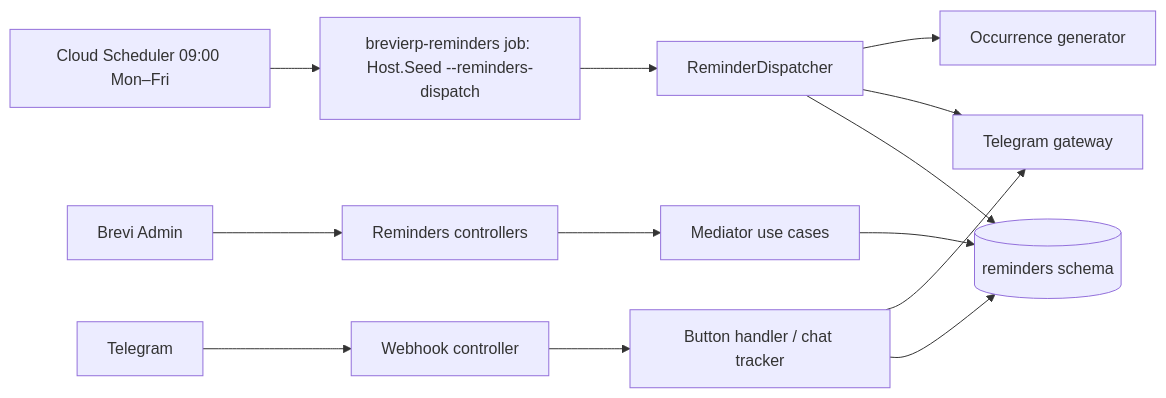
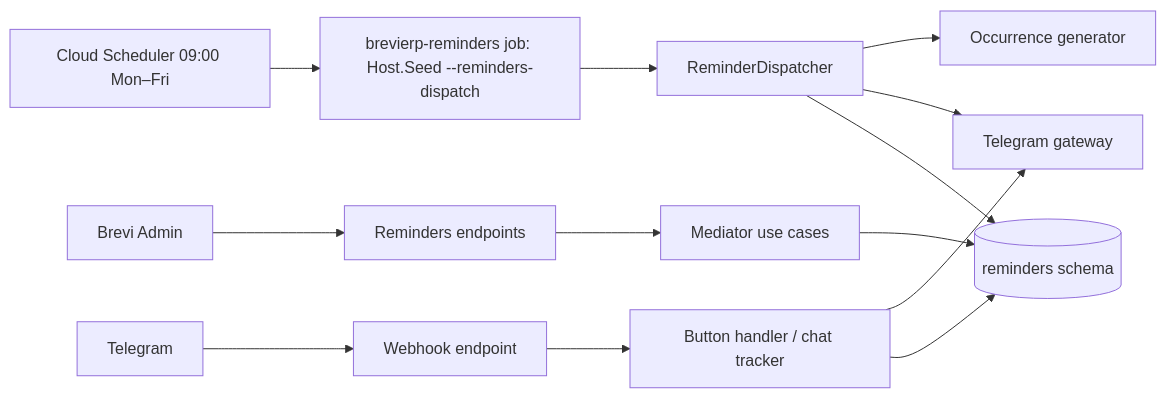
The diagram in docs/sdd/features/reminders/telegram-reminders.md (Weretik/BreviERP), drawn with Mermaid before and after one commit. The commit also changed other lines of this file and 54 other files, not shown here.

````diff
--- a/docs/sdd/features/reminders/telegram-reminders.md
+++ b/docs/sdd/features/reminders/telegram-reminders.md
@@ -41,15 +41,15 @@
 ```mermaid
 flowchart LR
   Scheduler[Cloud Scheduler 09:00 Mon–Fri] --> Job[brevierp-reminders job: Host.Seed --reminders-dispatch]
   Job --> Dispatcher[ReminderDispatcher]
   Dispatcher --> Generator[Occurrence generator]
   Dispatcher --> Gateway[Telegram gateway]
-  Telegram --> Webhook[Webhook controller]
+  Telegram --> Webhook[Webhook endpoint]
   Webhook --> Handler[Button handler / chat tracker]
   Handler --> Gateway
-  Admin[Brevi Admin] --> Controllers[Reminders controllers]
-  Controllers --> UseCases[Mediator use cases]
+  Admin[Brevi Admin] --> Endpoints[Reminders endpoints]
+  Endpoints --> UseCases[Mediator use cases]
   UseCases --> Db[(reminders schema)]
   Dispatcher --> Db
   Handler --> Db
 ```
````
